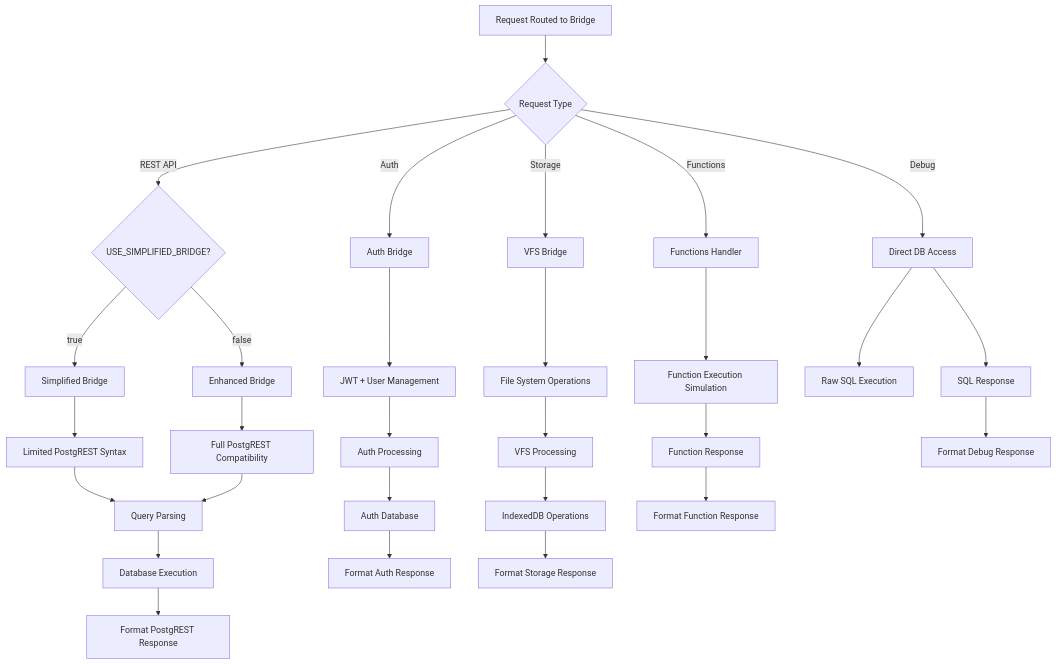
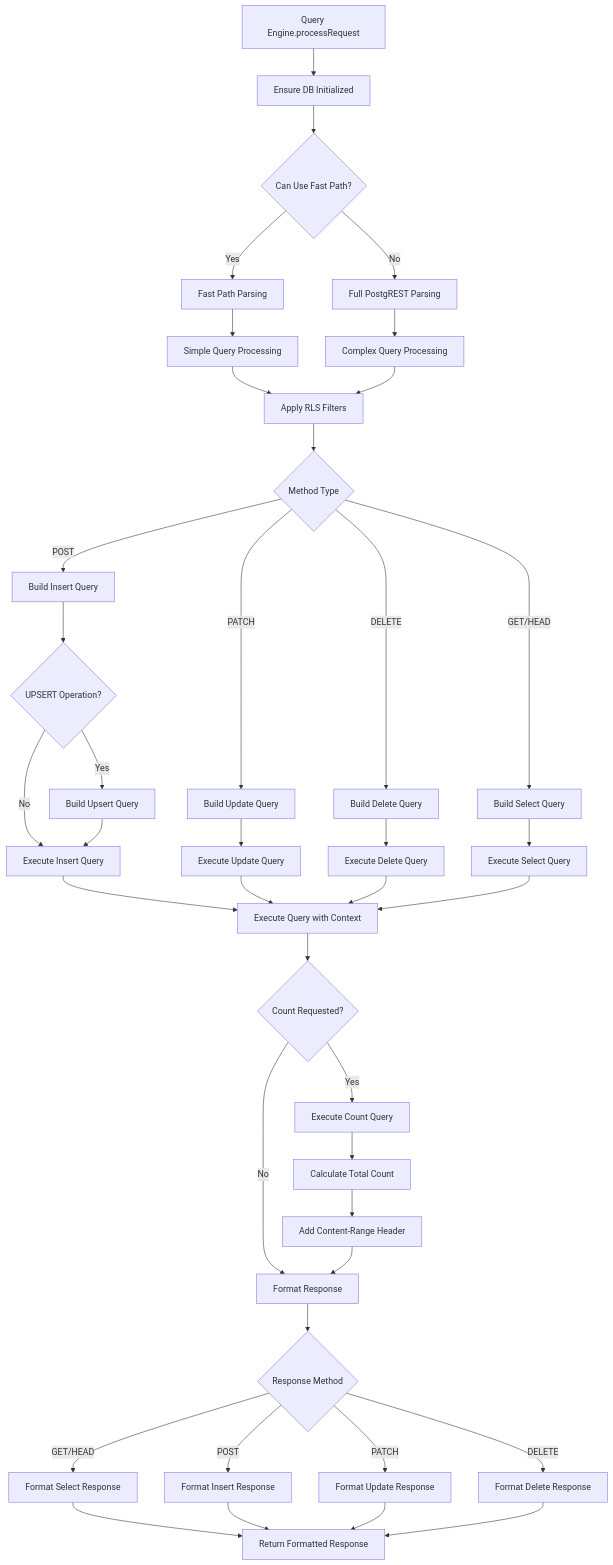
The third of 9 diagrams in docs/api/architecture/request-flow.md (burggraf/supabase-lite), drawn with Mermaid before and after one commit. The commit also changed other lines of this file and 14 other files, not shown here.

First line of the commit message:
docs: Complete /docs/api rewrite for unified kernel architecture

````diff
--- a/docs/api/architecture/request-flow.md
+++ b/docs/api/architecture/request-flow.md
@@ -86,37 +105,53 @@
 ```mermaid
 flowchart TD
-    A[Request Routed to Bridge] --> B{Request Type}
-    
-    B -->|REST API| C{USE_SIMPLIFIED_BRIDGE?}
-    C -->|true| D[Simplified Bridge]
-    C -->|false| E[Enhanced Bridge]
-    
-    B -->|Auth| F[Auth Bridge]
-    B -->|Storage| G[VFS Bridge]
-    B -->|Functions| H[Functions Handler]
-    B -->|Debug| I[Direct DB Access]
-    
-    D --> J[Limited PostgREST Syntax]
-    E --> K[Full PostgREST Compatibility]
-    F --> L[JWT + User Management]
-    G --> M[File System Operations]
-    H --> N[Function Execution Simulation]
-    I --> O[Raw SQL Execution]
-    
-    J --> P[Query Parsing]
-    K --> P
-    L --> Q[Auth Processing]
-    M --> R[VFS Processing]
-    N --> S[Function Response]
-    I --> T[SQL Response]
-    
-    P --> U[Database Execution]
-    Q --> V[Auth Database]
-    R --> W[IndexedDB Operations]
-    
-    U --> X[Format PostgREST Response]
-    V --> Y[Format Auth Response]
-    W --> Z[Format Storage Response]
-    S --> AA[Format Function Response]
-    T --> BB[Format Debug Response]
+    A[Query Engine.processRequest] --> B[Ensure DB Initialized]
+    B --> C{Can Use Fast Path?}
+
+    C -->|Yes| D[Fast Path Parsing]
+    C -->|No| E[Full PostgREST Parsing]
+
+    D --> F[Simple Query Processing]
+    E --> G[Complex Query Processing]
+
+    F --> H[Apply RLS Filters]
+    G --> H
+
+    H --> I{Method Type}
+    I -->|POST| J[Build Insert Query]
+    I -->|PATCH| K[Build Update Query]
+    I -->|DELETE| L[Build Delete Query]
+    I -->|GET/HEAD| M[Build Select Query]
+
+    J --> N{UPSERT Operation?}
+    N -->|Yes| O[Build Upsert Query]
+    N -->|No| P[Execute Insert Query]
+    O --> P
+
+    K --> Q[Execute Update Query]
+    L --> R[Execute Delete Query]
+    M --> S[Execute Select Query]
+
+    P --> T[Execute Query with Context]
+    Q --> T
+    R --> T
+    S --> T
+
+    T --> U{Count Requested?}
+    U -->|Yes| V[Execute Count Query]
+    U -->|No| W[Format Response]
+
+    V --> X[Calculate Total Count]
+    X --> Y[Add Content-Range Header]
+    Y --> W
+
+    W --> Z{Response Method}
+    Z -->|GET/HEAD| AA[Format Select Response]
+    Z -->|POST| BB[Format Insert Response]
+    Z -->|PATCH| CC[Format Update Response]
+    Z -->|DELETE| DD[Format Delete Response]
+
+    AA --> EE[Return Formatted Response]
+    BB --> EE
+    CC --> EE
+    DD --> EE
 ```
````
